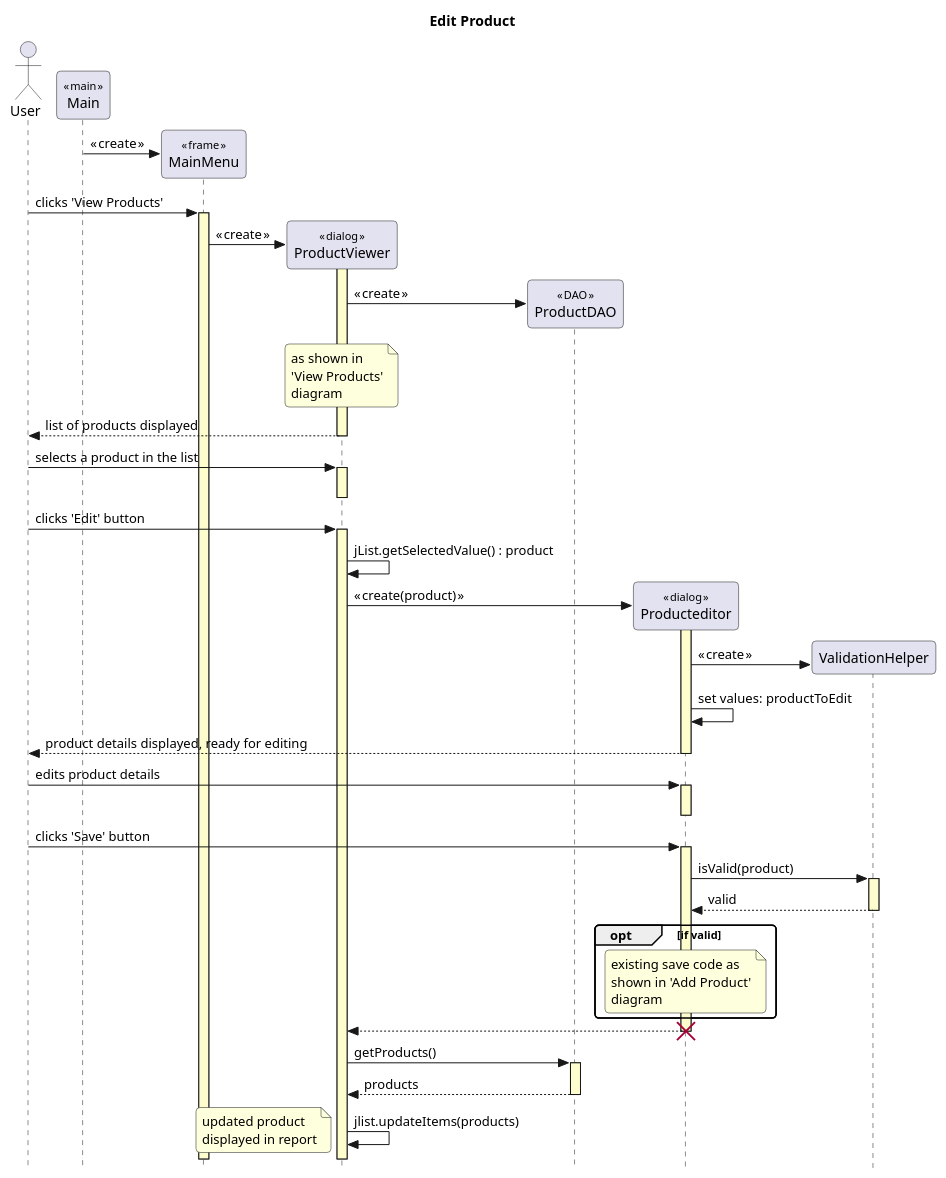
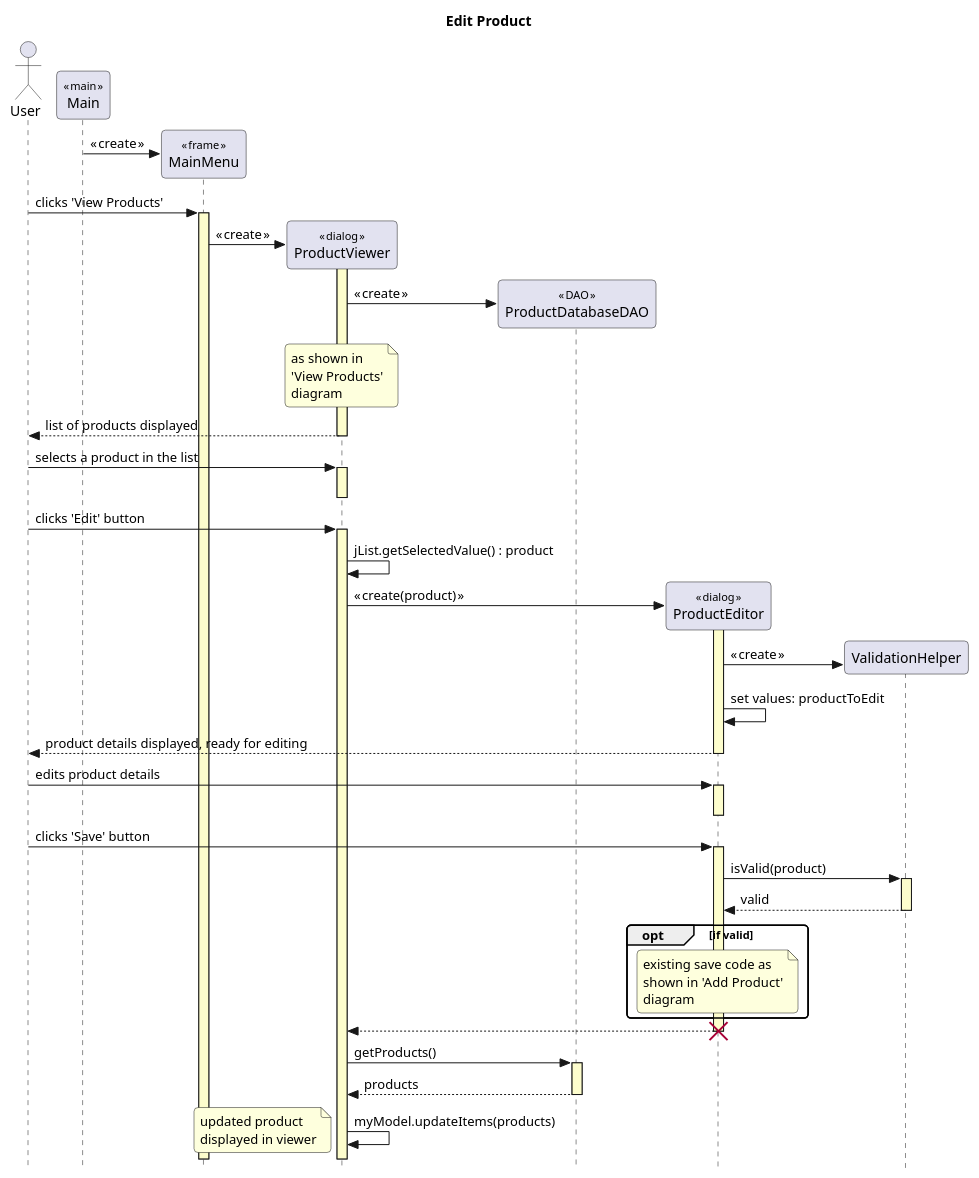
Before and after one commit to ahudson20/INFO202: the diagram in editProduct.puml, drawn with PlantUML. The commit also changed 3 other files, not shown here.

Commit message:
Created sequence diagrams for both searching and filtering. References #15

```diff
--- a/editProduct.puml
+++ b/editProduct.puml
@@ -1,105 +1,105 @@
 @startuml
 
 ' style tweaks to make the diagram a little more readable
 skinparam {
 	Style strictuml
 	RoundCorner 8
 
 	Sequence {
 		' make activations yellow too
 		LifeLineBackgroundColor #FDFDCD
 
 		' make stereotypes less ugly
 		Stereotype {
 			Font {
 				Size 11
 				Style plain
 			}
 		}
 	}
 
 	DatabaseBorderColor #A80036
 
 }
 
 title Edit Product
 
 actor User as user
 participant "Main" as main << main >>
 participant "MainMenu" as menu << frame >>
 participant "ProductViewer" as report << dialog >>
-participant "ProductDAO" as dao << DAO >>
-participant "Producteditor" as editor << dialog >>
+participant "ProductDatabaseDAO" as dao << DAO >>
+participant "ProductEditor" as editor << dialog >>
 participant "ValidationHelper" as validator
 
 create menu
 main -> menu : « create »
 
 user -> menu : clicks 'View Products'
 activate menu
 
 create report
 menu -> report : « create »
 
 activate report
 create dao
 report -> dao: « create »
 
 
 note over report: as shown in\n'View Products'\ndiagram
 user <-- report : list of products displayed
 
 deactivate report
 
 user -> report++ : selects a product in the list
 report--
 
 user -> report : clicks 'Edit' button
 activate report
 
 report -> report : jList.getSelectedValue() : product
 
 create editor
 report -> editor++ : « create(product) »
 
 create validator
 editor -> validator : « create »
 
 
 
 
 ' your code goes here
 'note over editor #FF6666 : what happens here?
 editor -> editor : set values: productToEdit
 
 
 
 
 
 
 
 user <-- editor : product details displayed, ready for editing
 deactivate editor
 
 user -> editor++ : edits product details
 editor--
 
 user -> editor : clicks 'Save' button
 editor++
 editor -> validator++ : isValid(product)
 return valid
 opt if valid
 note over editor: existing save code as\nshown in 'Add Product'\ndiagram
 end
 editor --> report
 editor--
 destroy editor
 
 report -> dao++ : getProducts()
 return products
 
-report -> report : jlist.updateItems(products)
+report -> report : myModel.updateItems(products)
 
-note left: updated product\ndisplayed in report
+note left: updated product\ndisplayed in viewer
 
 @enduml
```
